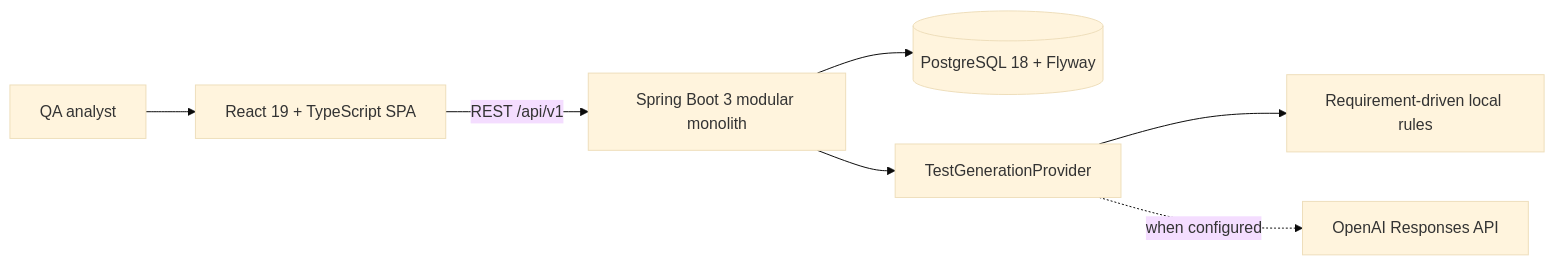
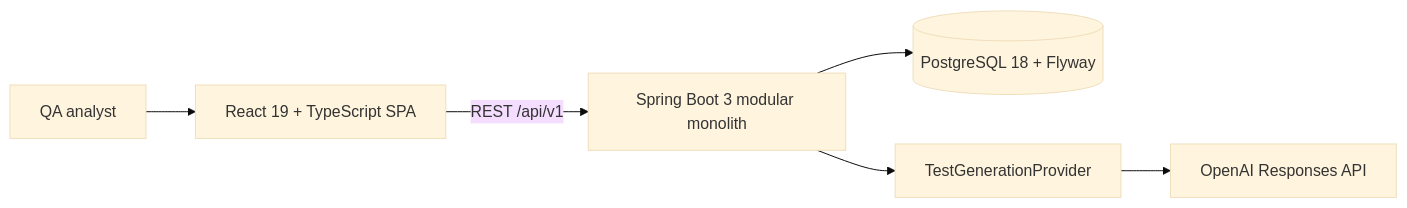
The diagram in README.md (DWilliams-codes/AITestCaseGeneratorDemo), drawn with Mermaid (base theme) before and after one commit. The commit also changed other lines of this file and 115 other files, not shown here.

````diff
--- a/README.md
+++ b/README.md
@@ -32,9 +32,8 @@
 ```mermaid
 flowchart LR
     Analyst["QA analyst"] --> Web["React 19 + TypeScript SPA"]
     Web -->|"REST /api/v1"| API["Spring Boot 3 modular monolith"]
     API --> DB[("PostgreSQL 18 + Flyway")]
     API --> Boundary["TestGenerationProvider"]
-    Boundary --> Fake["Requirement-driven local rules"]
-    Boundary -. "when configured" .-> OpenAI["OpenAI Responses API"]
+    Boundary --> OpenAI["OpenAI Responses API"]
 ```
````
